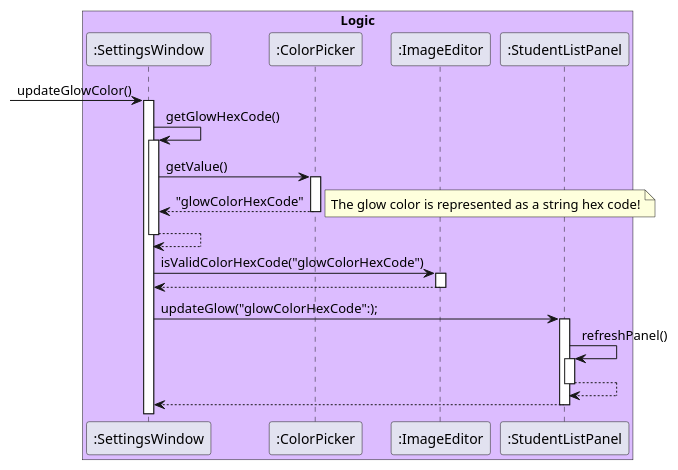
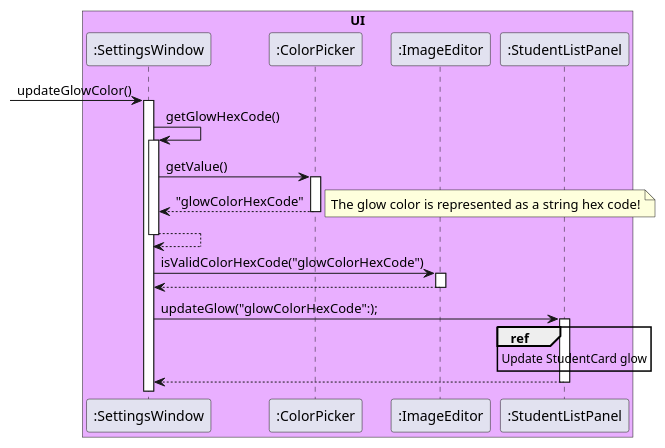
The diagram in docs/diagrams/GlowSequenceDiagram.puml (wowsiddanth/tp), drawn with PlantUML before and after one commit. The commit also changed 3 other files, not shown here.

```diff
--- a/docs/diagrams/GlowSequenceDiagram.puml
+++ b/docs/diagrams/GlowSequenceDiagram.puml
@@ -1,35 +1,35 @@
 @startuml
 participant ":SettingsWindow"        as Foo
 participant ":ColorPicker"           as Foo1
 participant ":ImageEditor"           as Foo2
 participant ":StudentListPanel"      as Foo3
 
-box "Logic" #dcbcff
+box "UI" #e9afff
 participant Foo
 participant Foo1
 participant Foo2
 participant Foo3
 endbox
 
 -> Foo : updateGlowColor()
 activate Foo
 Foo -> Foo : getGlowHexCode()
 activate Foo
 Foo -> Foo1: getValue()
 activate Foo1
 return "glowColorHexCode"
 note right: The glow color is represented as a string hex code!
 return
 
 Foo -> Foo2 : isValidColorHexCode("glowColorHexCode")
 activate Foo2
 return
 
 Foo -> Foo3 : updateGlow("glowColorHexCode":);
+ref over Foo3
+Update StudentCard glow
+end ref
 activate Foo3
-Foo3 -> Foo3: refreshPanel()
-activate Foo3
-return
 return
 
 @enduml
```
